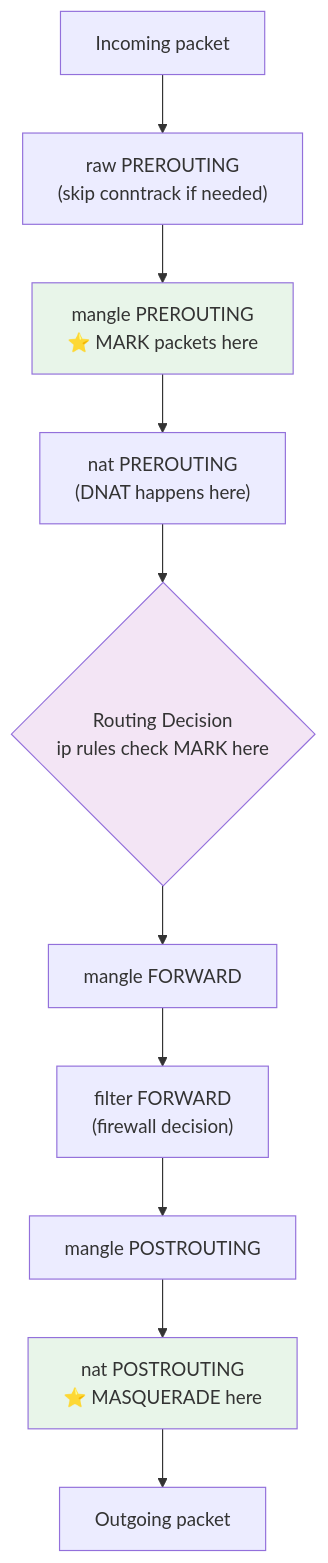
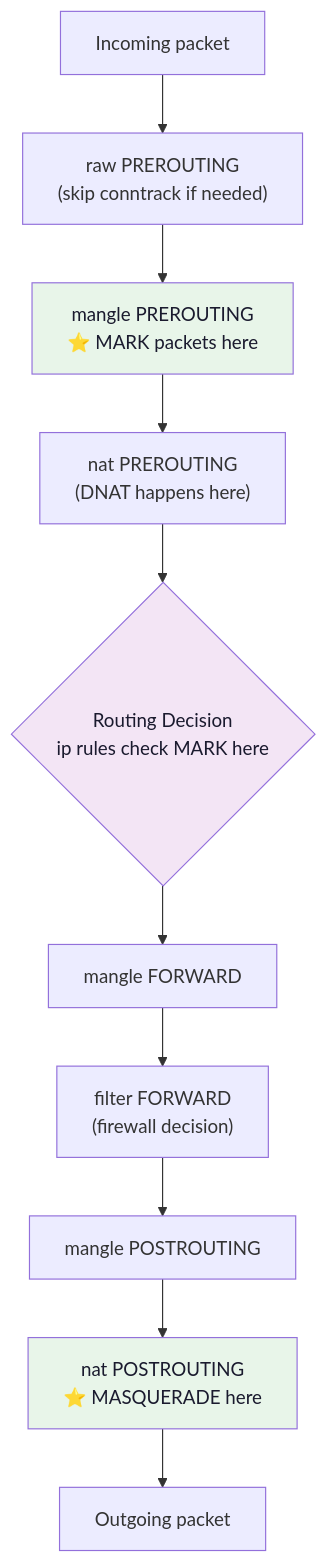
One commit to channyeintun/learn-cloud-native-network-programming changed the diagram in teaching/04-iptables-mastery.md. Above: the diagram before and after it, drawn with Mermaid. The commit also changed 11 other files, not shown here.

````diff
--- a/teaching/04-iptables-mastery.md
+++ b/teaching/04-iptables-mastery.md
@@ -43,17 +43,17 @@
 ```mermaid
 flowchart TD
     IN["Incoming packet"] --> RAW["raw PREROUTING<br>(skip conntrack if needed)"]
     RAW --> MANGLE_PRE["mangle PREROUTING<br>⭐ MARK packets here"]
     MANGLE_PRE --> NAT_PRE["nat PREROUTING<br>(DNAT happens here)"]
     NAT_PRE --> ROUTE{"Routing Decision<br>ip rules check MARK here"}
     
     ROUTE --> MANGLE_FWD["mangle FORWARD"]
     MANGLE_FWD --> FILTER_FWD["filter FORWARD<br>(firewall decision)"]
     FILTER_FWD --> MANGLE_POST["mangle POSTROUTING"]
     MANGLE_POST --> NAT_POST["nat POSTROUTING<br>⭐ MASQUERADE here"]
     NAT_POST --> OUT["Outgoing packet"]
     
-    style MANGLE_PRE fill:#e8f5e9
-    style NAT_POST fill:#e8f5e9
-    style ROUTE fill:#f3e5f5
+    style MANGLE_PRE fill:#e8f5e9,color:#1a1a2e
+    style NAT_POST fill:#e8f5e9,color:#1a1a2e
+    style ROUTE fill:#f3e5f5,color:#1a1a2e
 ```
````
